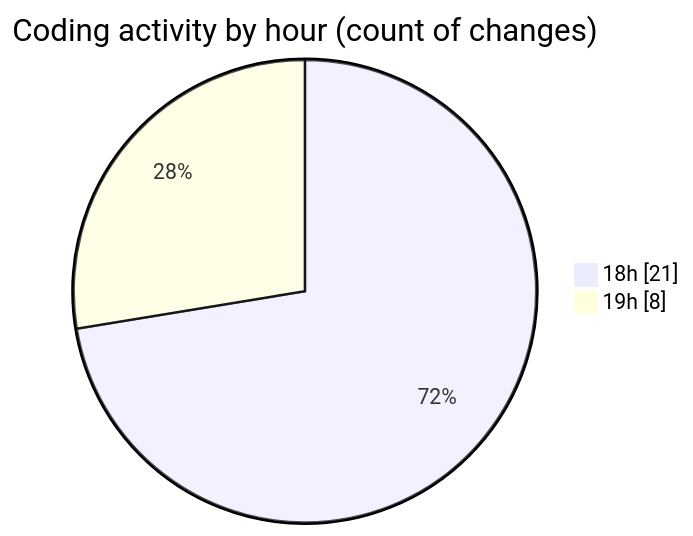
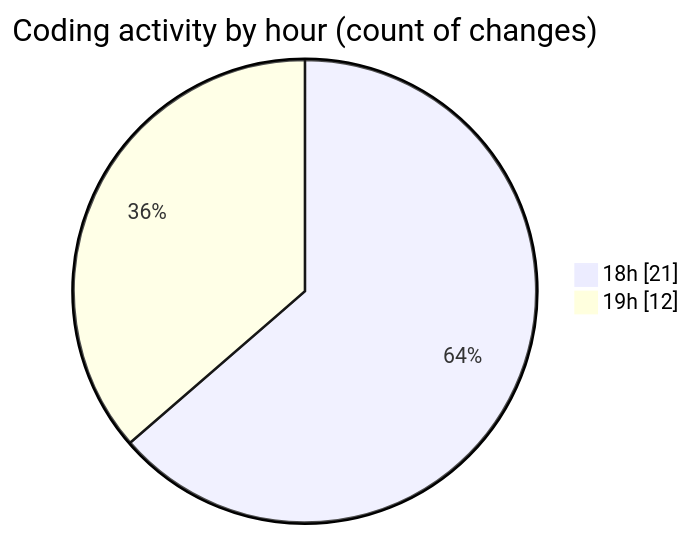
The second of 2 diagrams in 2025-03-13/back-end/README.md (Netris89/code-tracking), drawn with Mermaid before and after one commit. The commit also changed other lines of this file and 1 other file, not shown here.

````diff
--- a/2025-03-13/back-end/README.md
+++ b/2025-03-13/back-end/README.md
@@ -34,6 +35,6 @@
 ```mermaid
 pie showData
 title Coding activity by hour (count of changes)
 "18h" : 21
-"19h" : 8
+"19h" : 12
 ```
````
